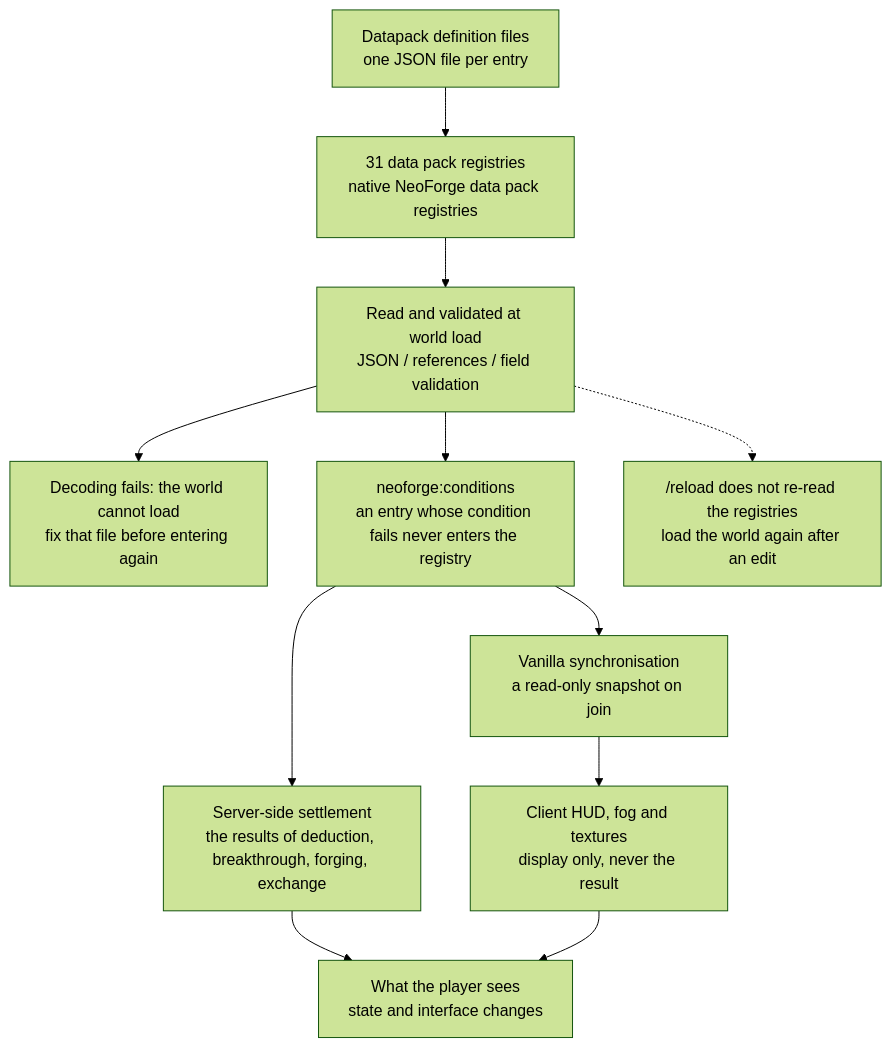
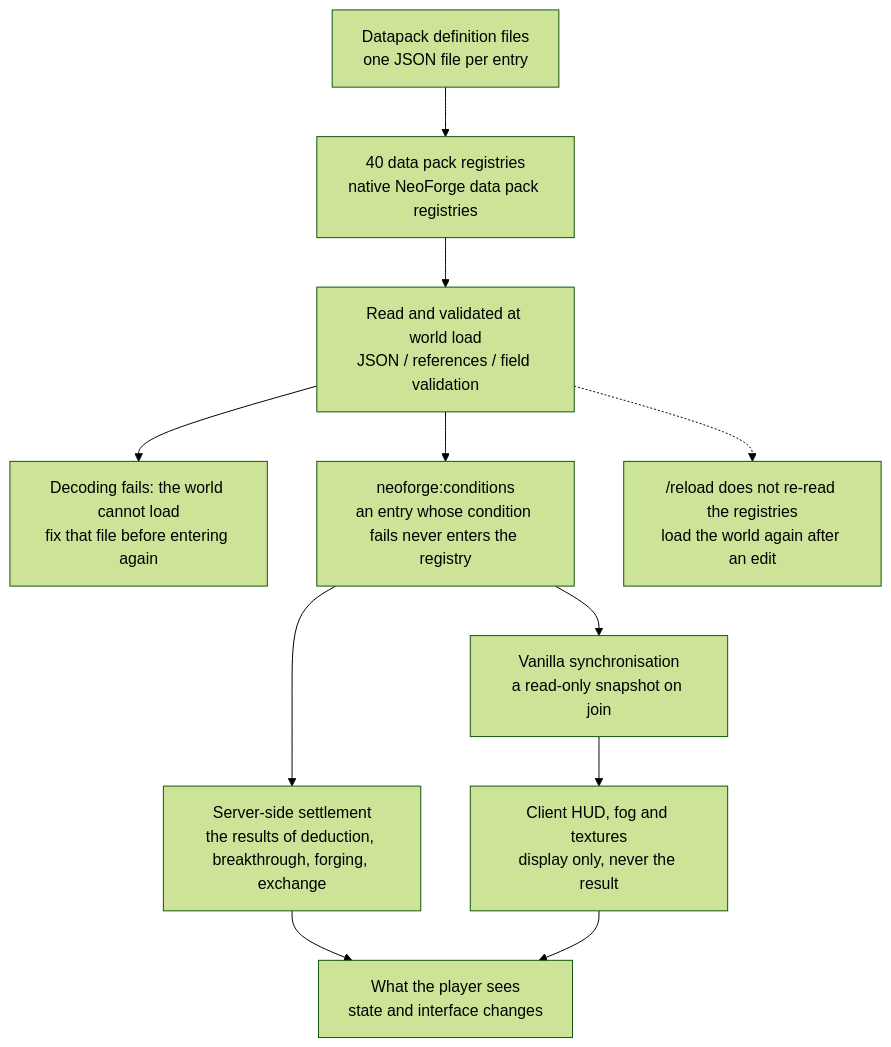
One commit to IAFEnvoy/mxt-docs changed the diagram in docs/en/datapack/overview.md. Above: the diagram before and after it, drawn with Mermaid (forest theme). The commit also changed other lines of this file and 149 other files, not shown here.

````diff
--- a/docs/en/datapack/overview.md
+++ b/docs/en/datapack/overview.md
@@ -172,13 +121,13 @@
 ```mermaid
 flowchart TD
-    A["Datapack definition files<br/>one JSON file per entry"] --> B["31 data pack registries<br/>native NeoForge data pack registries"]
+    A["Datapack definition files<br/>one JSON file per entry"] --> B["40 data pack registries<br/>native NeoForge data pack registries"]
     B --> C["Read and validated at world load<br/>JSON / references / field validation"]
     C --> D["Decoding fails: the world cannot load<br/>fix that file before entering again"]
     C --> E["neoforge:conditions<br/>an entry whose condition fails never enters the registry"]
     E --> F["Vanilla synchronisation<br/>a read-only snapshot on join"]
     E --> G["Server-side settlement<br/>the results of deduction, breakthrough, forging, exchange"]
     F --> H["Client HUD, fog and textures<br/>display only, never the result"]
     G --> I["What the player sees<br/>state and interface changes"]
     H --> I
     C -.-> J["/reload does not re-read the registries<br/>load the world again after an edit"]
 ```
````
